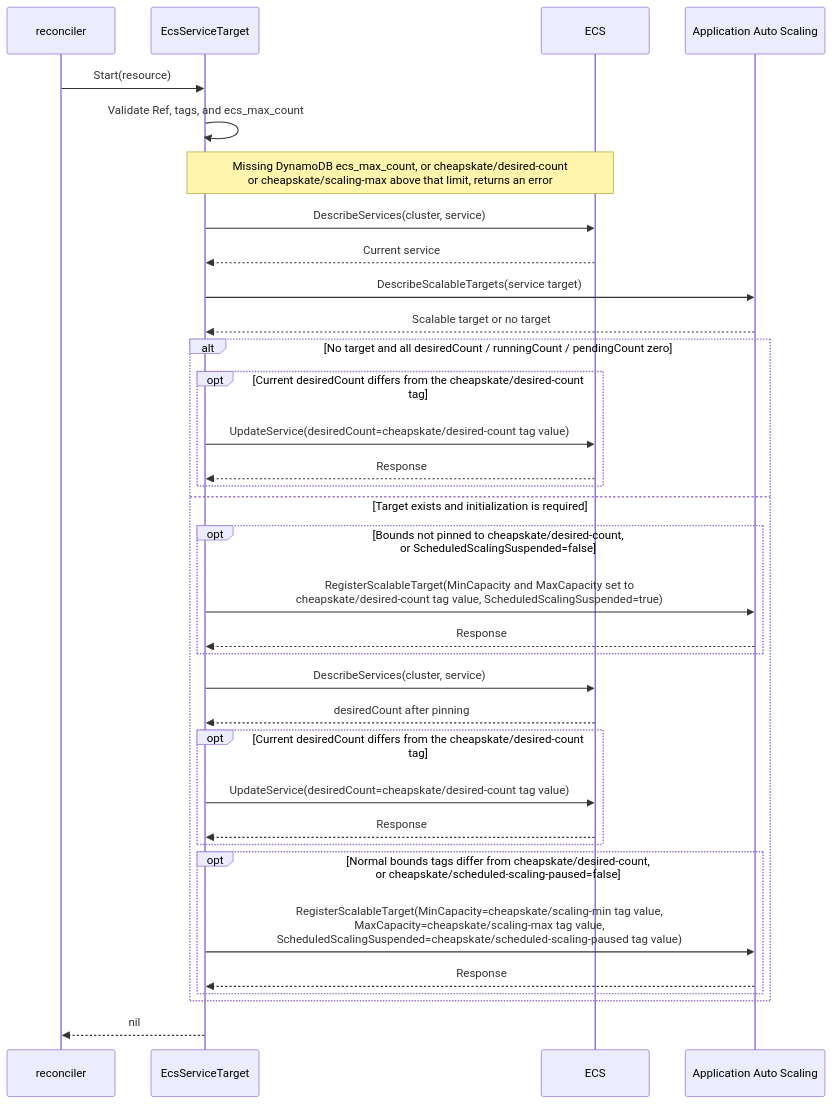
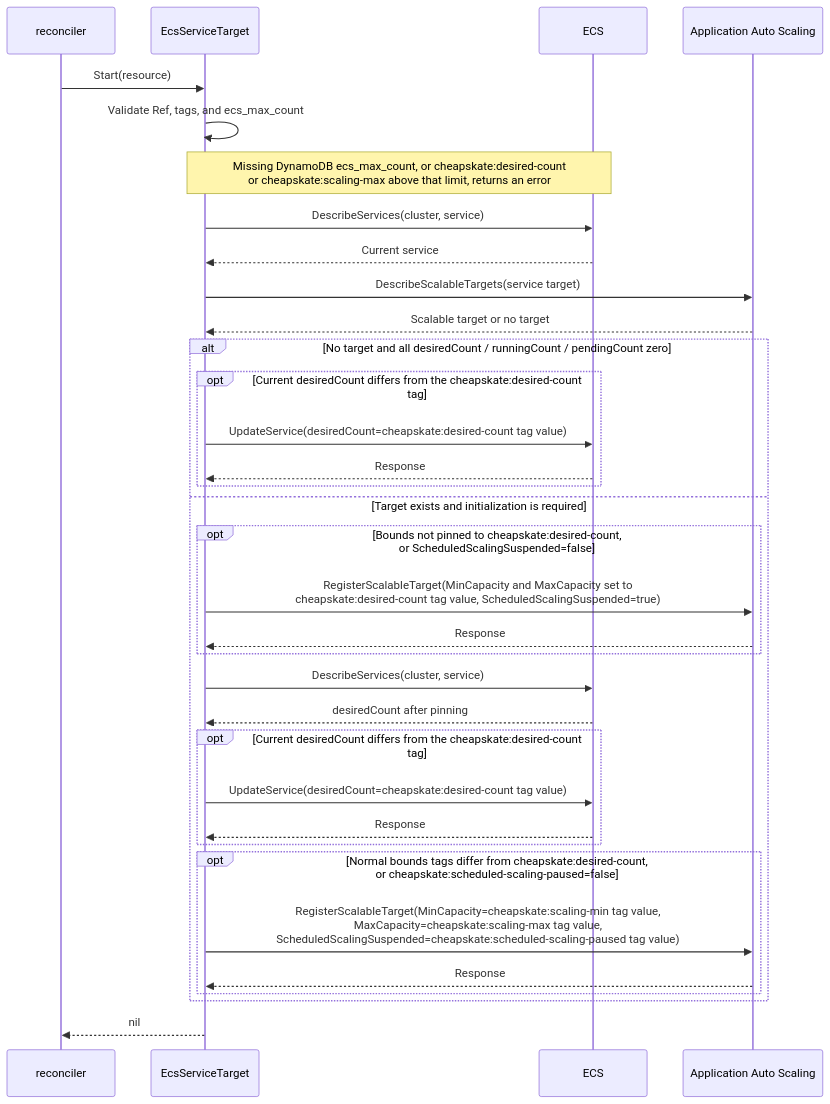
Before and after one commit to moepig/cheapskate: the seventh of 9 diagrams in docs/en/development/resource_sequence.md, drawn with Mermaid. The commit also changed other lines of this file and 17 other files, not shown here.

Commit message:
Unify cheapskate tag keys with colon prefix

````diff
--- a/docs/en/development/resource_sequence.md
+++ b/docs/en/development/resource_sequence.md
@@ -256,36 +256,36 @@
 ```mermaid
 sequenceDiagram
     participant Reconciler as reconciler
     participant Adapter as EcsServiceTarget
     participant EcsAPI as ECS
     participant AutoScaling as Application Auto Scaling
     Reconciler->>Adapter: Start(resource)
     Adapter->>Adapter: Validate Ref, tags, and ecs_max_count
-    Note over Adapter,EcsAPI: Missing DynamoDB ecs_max_count, or cheapskate/desired-count<br/>or cheapskate/scaling-max above that limit, returns an error
+    Note over Adapter,EcsAPI: Missing DynamoDB ecs_max_count, or cheapskate:desired-count<br/>or cheapskate:scaling-max above that limit, returns an error
     Adapter->>EcsAPI: DescribeServices(cluster, service)
     EcsAPI-->>Adapter: Current service
     Adapter->>AutoScaling: DescribeScalableTargets(service target)
     AutoScaling-->>Adapter: Scalable target or no target
     alt No target and all desiredCount / runningCount / pendingCount zero
-        opt Current desiredCount differs from the cheapskate/desired-count tag
-            Adapter->>EcsAPI: UpdateService(desiredCount=cheapskate/desired-count tag value)
+        opt Current desiredCount differs from the cheapskate:desired-count tag
+            Adapter->>EcsAPI: UpdateService(desiredCount=cheapskate:desired-count tag value)
             EcsAPI-->>Adapter: Response
         end
     else Target exists and initialization is required
-        opt Bounds not pinned to cheapskate/desired-count,<br/>or ScheduledScalingSuspended=false
-            Adapter->>AutoScaling: RegisterScalableTarget(MinCapacity and MaxCapacity set to<br/>cheapskate/desired-count tag value, ScheduledScalingSuspended=true)
+        opt Bounds not pinned to cheapskate:desired-count,<br/>or ScheduledScalingSuspended=false
+            Adapter->>AutoScaling: RegisterScalableTarget(MinCapacity and MaxCapacity set to<br/>cheapskate:desired-count tag value, ScheduledScalingSuspended=true)
             AutoScaling-->>Adapter: Response
         end
         Adapter->>EcsAPI: DescribeServices(cluster, service)
         EcsAPI-->>Adapter: desiredCount after pinning
-        opt Current desiredCount differs from the cheapskate/desired-count tag
-            Adapter->>EcsAPI: UpdateService(desiredCount=cheapskate/desired-count tag value)
+        opt Current desiredCount differs from the cheapskate:desired-count tag
+            Adapter->>EcsAPI: UpdateService(desiredCount=cheapskate:desired-count tag value)
             EcsAPI-->>Adapter: Response
         end
-        opt Normal bounds tags differ from cheapskate/desired-count,<br/>or cheapskate/scheduled-scaling-paused=false
-            Adapter->>AutoScaling: RegisterScalableTarget(MinCapacity=cheapskate/scaling-min tag value,<br/>MaxCapacity=cheapskate/scaling-max tag value,<br/>ScheduledScalingSuspended=cheapskate/scheduled-scaling-paused tag value)
+        opt Normal bounds tags differ from cheapskate:desired-count,<br/>or cheapskate:scheduled-scaling-paused=false
+            Adapter->>AutoScaling: RegisterScalableTarget(MinCapacity=cheapskate:scaling-min tag value,<br/>MaxCapacity=cheapskate:scaling-max tag value,<br/>ScheduledScalingSuspended=cheapskate:scheduled-scaling-paused tag value)
             AutoScaling-->>Adapter: Response
         end
     end
     Adapter-->>Reconciler: nil
 ```
````
